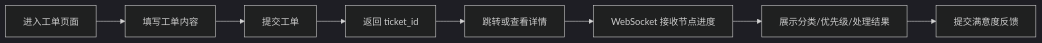
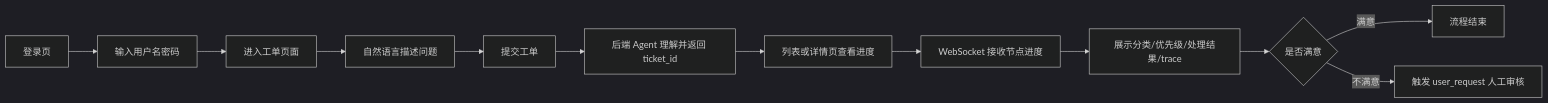
The diagram in docs/design-spec/01_正式设计/07_前端页面与交互设计.md (ArtLjn/AgentDesk), drawn with Mermaid (dark theme) before and after one commit. The commit also changed other lines of this file and 23 other files, not shown here.

````diff
--- a/docs/design-spec/01_正式设计/07_前端页面与交互设计.md
+++ b/docs/design-spec/01_正式设计/07_前端页面与交互设计.md
@@ -41,10 +53,14 @@
 ```mermaid
 flowchart LR
-    A[进入工单页面] --> B[填写工单内容]
-    B --> C[提交工单]
-    C --> D[返回 ticket_id]
-    D --> E[跳转或查看详情]
-    E --> F[WebSocket 接收节点进度]
-    F --> G[展示分类/优先级/处理结果]
-    G --> H[提交满意度反馈]
+    A[登录页] --> B[输入用户名密码]
+    B --> C[进入工单页面]
+    C --> D[自然语言描述问题]
+    D --> E[提交工单]
+    E --> F[后端 Agent 理解并返回 ticket_id]
+    F --> G[列表或详情页查看进度]
+    G --> H[WebSocket 接收节点进度]
+    H --> I[展示分类/优先级/处理结果/trace]
+    I --> J{是否满意}
+    J -->|满意| K[流程结束]
+    J -->|不满意| L[触发 user_request 人工审核]
 ```
````
